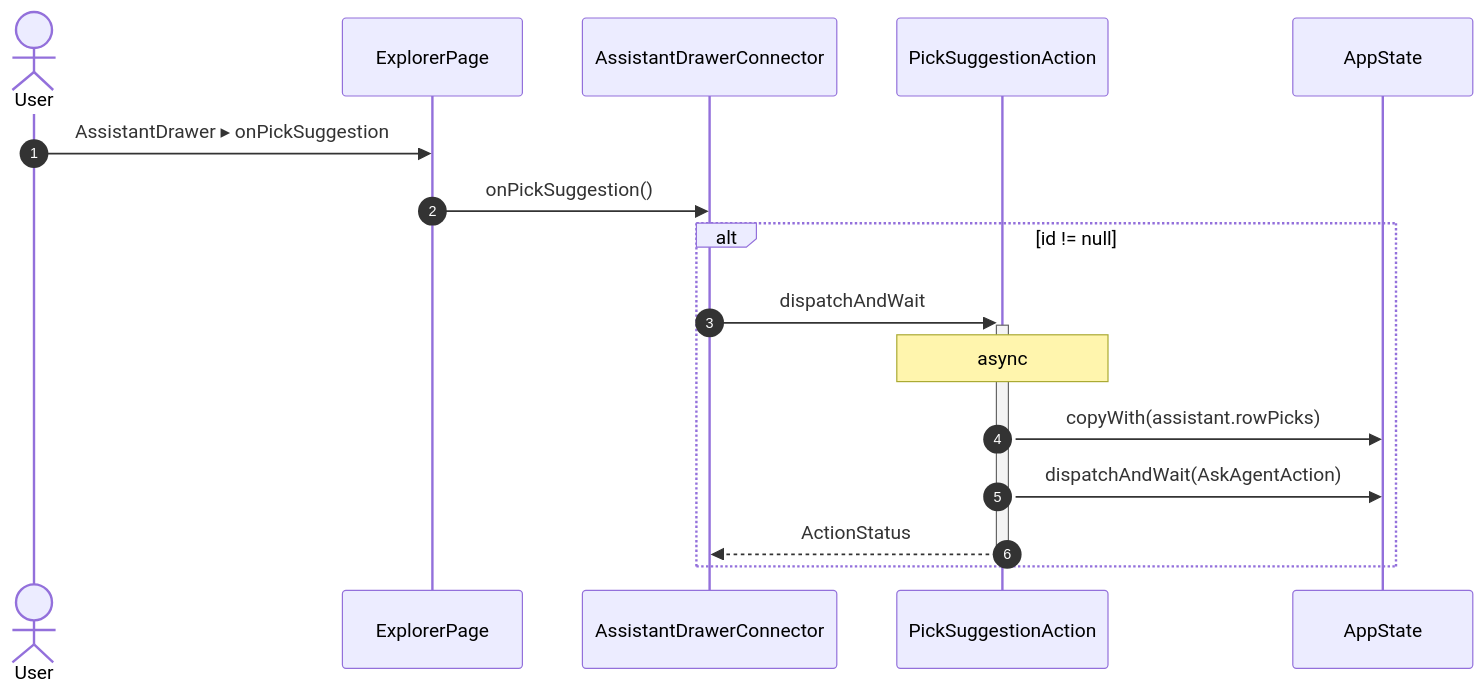
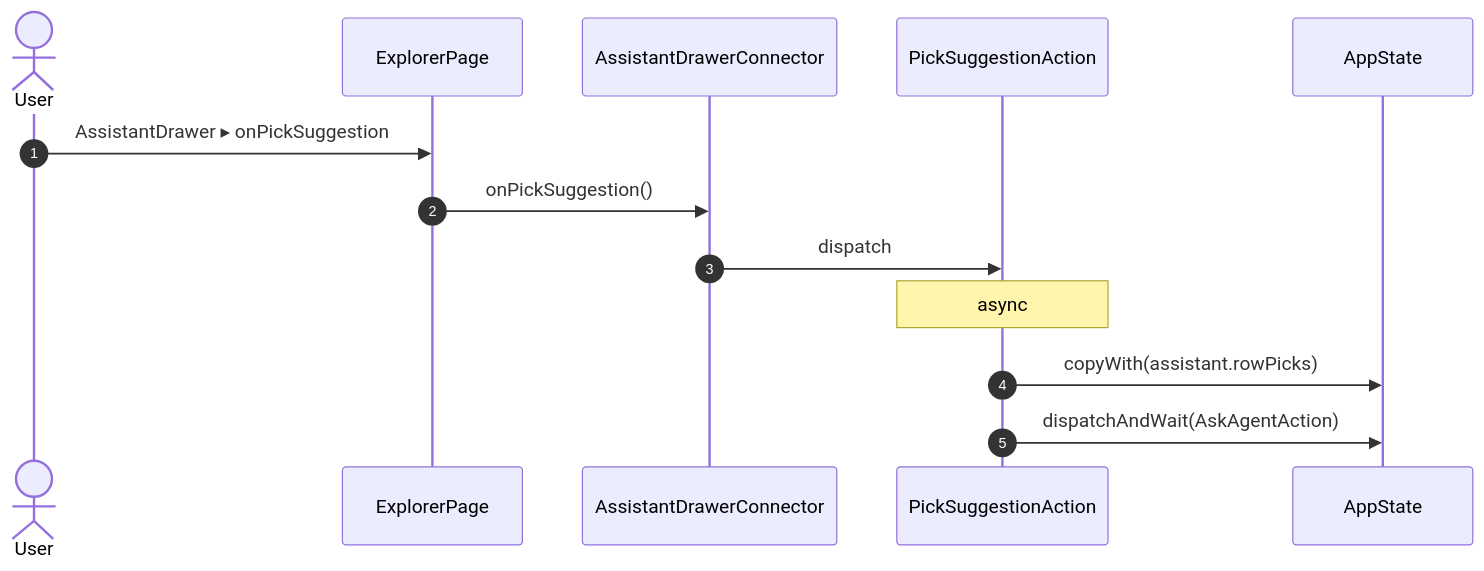
Before and after one commit to gencto/wyrm: diagram 36 of 55 in studio/docs/flows/explorer.md, drawn with Mermaid. The commit also changed other lines of this file and 94 other files, not shown here.

First line of the commit message:
studio: assistant: typed wire, words in ui, one action per intent

````diff
--- a/studio/docs/flows/explorer.md
+++ b/studio/docs/flows/explorer.md
@@ -686,19 +680,16 @@
 ```mermaid
 sequenceDiagram
     autonumber
     actor User
     participant UI as ExplorerPage
     participant R1 as AssistantDrawerConnector
     participant A1 as PickSuggestionAction
     participant ST as AppState
 
     User->>UI: AssistantDrawer ▸ onPickSuggestion
     UI->>R1: onPickSuggestion()
-    alt id != null
-        R1->>+A1: dispatchAndWait
-        Note over A1: async
-        A1->>ST: copyWith(assistant.rowPicks)
-        A1->>ST: dispatchAndWait(AskAgentAction)
-        A1-->>-R1: ActionStatus
-    end
+    R1->>A1: dispatch
+    Note over A1: async
+    A1->>ST: copyWith(assistant.rowPicks)
+    A1->>ST: dispatchAndWait(AskAgentAction)
 ```
````
